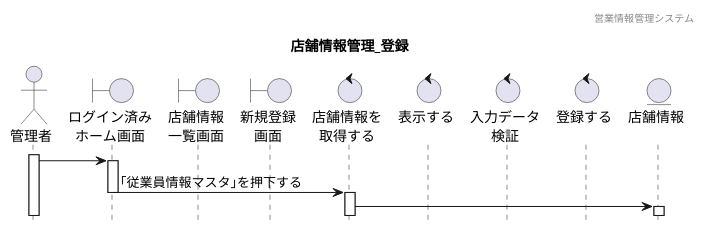
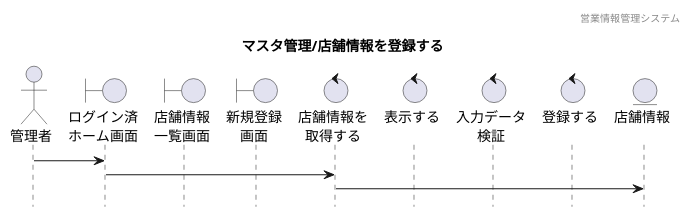
One commit to HaruShim/Sotuken changed the diagram in 各種設計書/4シーケンス図/マスタ管理/店舗情報管理_登録.plantuml. Above: the diagram before and after it, drawn with PlantUML.

```diff
--- a/各種設計書/4シーケンス図/マスタ管理/店舗情報管理_登録.plantuml
+++ b/各種設計書/4シーケンス図/マスタ管理/店舗情報管理_登録.plantuml
@@ -1,33 +1,34 @@
 @startuml sequence
 
 hide footbox
 header 営業情報管理システム
-title 店舗情報管理_登録
+title マスタ管理/店舗情報を登録する
 
 ' actor "" as 
 actor "管理者" as a1
 ' boundary "" as
-boundary "ログイン済み\nホーム画面" as b1
+boundary "ログイン済\nホーム画面" as b1
 boundary "店舗情報\n一覧画面" as b2
 boundary "新規登録\n画面" as b3
 ' control "" as 
 control "店舗情報を\n取得する" as c1
 control "表示する\n" as c2
 control "入力データ\n検証" as c3
 control "登録する\n" as c4
 ' entity "" as
 entity "店舗情報\n" as e1
 
 ' ログイン済みホーム画面から一覧表示までのシーケンス
-activate a1
+' activate a1
 a1 -> b1 : 
-activate b1
-b1 -> c1 : ｢従業員情報マスタ｣を押下する
-deactivate
-activate c1
+' activate b1
+' b1 -> c1 : ｢従業員情報マスタ｣を押下する
+b1 -> c1
+' deactivate
+' activate c1
 
 c1 -> e1
-activate e1
+' activate e1
 
 
 @enduml
```
